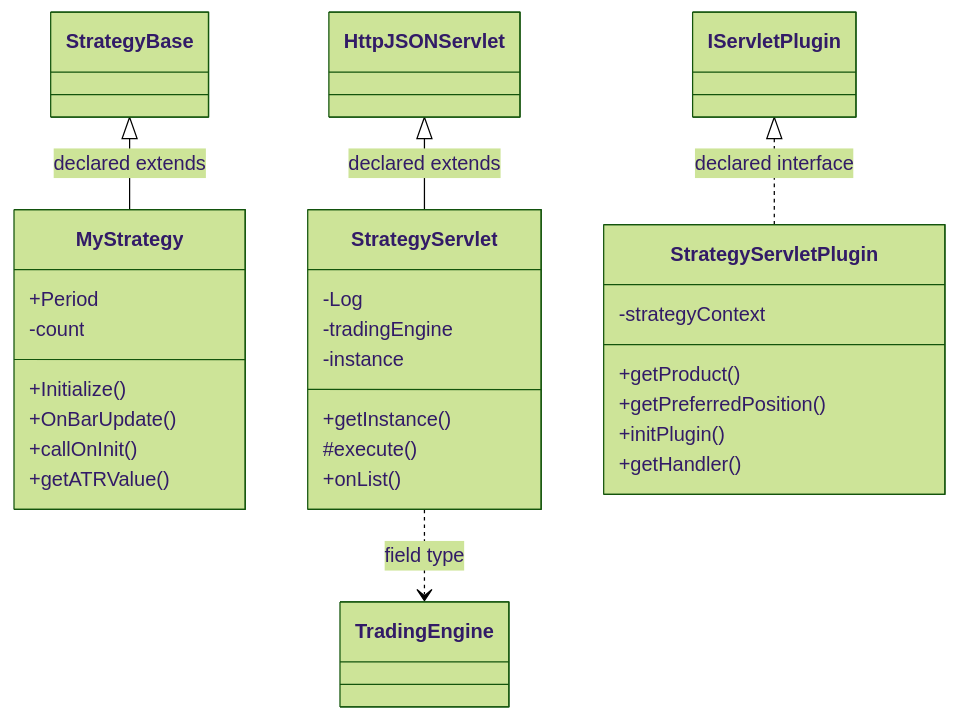
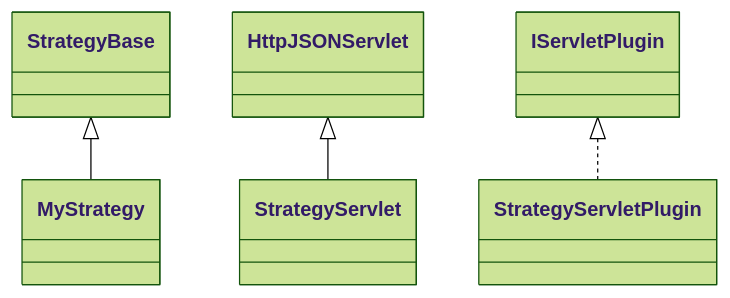
The diagram in docs/sqx/Shared/ServletStrategy.md (haruperi/HaruQuantAI), drawn with Mermaid (forest theme) before and after one commit. The commit also changed other lines of this file and 1688 other files, not shown here.

````diff
--- a/docs/sqx/Shared/ServletStrategy.md
+++ b/docs/sqx/Shared/ServletStrategy.md
@@ -30,34 +26,12 @@
 ```mermaid
 classDiagram
-    class Cc7a7cba18ccb["MyStrategy"] {
-        +Period
-        -count
-        +Initialize()
-        +OnBarUpdate()
-        +callOnInit()
-        +getATRValue()
-    }
-    class C884405185cd8["StrategyServlet"] {
-        -Log
-        -tradingEngine
-        -instance
-        +getInstance()
-        #execute()
-        +onList()
-    }
-    class Ceebccec50eb5["StrategyServletPlugin"] {
-        -strategyContext
-        +getProduct()
-        +getPreferredPosition()
-        +initPlugin()
-        +getHandler()
-    }
-    class C75c3b57e2c4b["StrategyBase"]
-    class Ce89e51b821b1["TradingEngine"]
-    class C249b5c671b1a["IServletPlugin"]
-    class C8900f90ae594["HttpJSONServlet"]
-    C75c3b57e2c4b <|-- Cc7a7cba18ccb : declared extends
-    C8900f90ae594 <|-- C884405185cd8 : declared extends
-    C884405185cd8 ..> Ce89e51b821b1 : field type
-    C249b5c671b1a <|.. Ceebccec50eb5 : declared interface
+    class C0["MyStrategy"]
+    class C1["StrategyServlet"]
+    class C2["StrategyServletPlugin"]
+    class E0["StrategyBase"]
+    E0 <|-- C0
+    class E1["HttpJSONServlet"]
+    E1 <|-- C1
+    class E2["IServletPlugin"]
+    E2 <|.. C2
 ```
````
